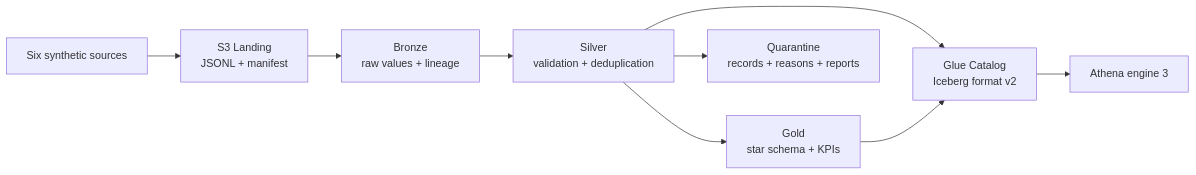
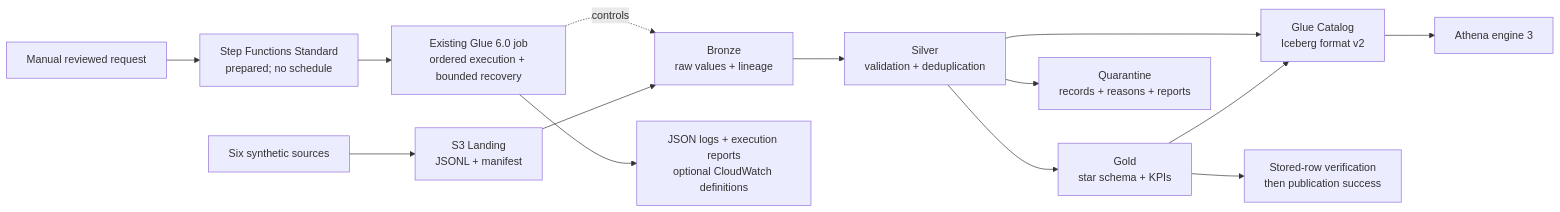
One commit to chandrakanth02512-ctrl/aws-delivery-operations-lakehouse changed the diagram in README.md. Above: the diagram before and after it, drawn with Mermaid. The commit also changed other lines of this file and 40 other files, not shown here.

Commit message:
Implement Phase 3 execution control, verification and delivery analytics

````diff
--- a/README.md
+++ b/README.md
@@ -25,11 +30,16 @@
 ```mermaid
 flowchart LR
+    Operator[Manual reviewed request] --> Workflow[Step Functions Standard\nprepared; no schedule]
+    Workflow --> Job[Existing Glue 6.0 job\nordered execution + bounded recovery]
+    Job -. controls .-> Bronze
     Sources[Six synthetic sources] --> Landing[S3 Landing\nJSONL + manifest]
     Landing --> Bronze[Bronze\nraw values + lineage]
     Bronze --> Silver[Silver\nvalidation + deduplication]
     Silver --> Gold[Gold\nstar schema + KPIs]
     Silver --> Quarantine[Quarantine\nrecords + reasons + reports]
     Silver --> Catalog[Glue Catalog\nIceberg format v2]
     Gold --> Catalog
     Catalog --> Athena[Athena engine 3]
+    Gold --> Verify[Stored-row verification\nthen publication success]
+    Job --> Observe[JSON logs + execution reports\noptional CloudWatch definitions]
 ```
````
